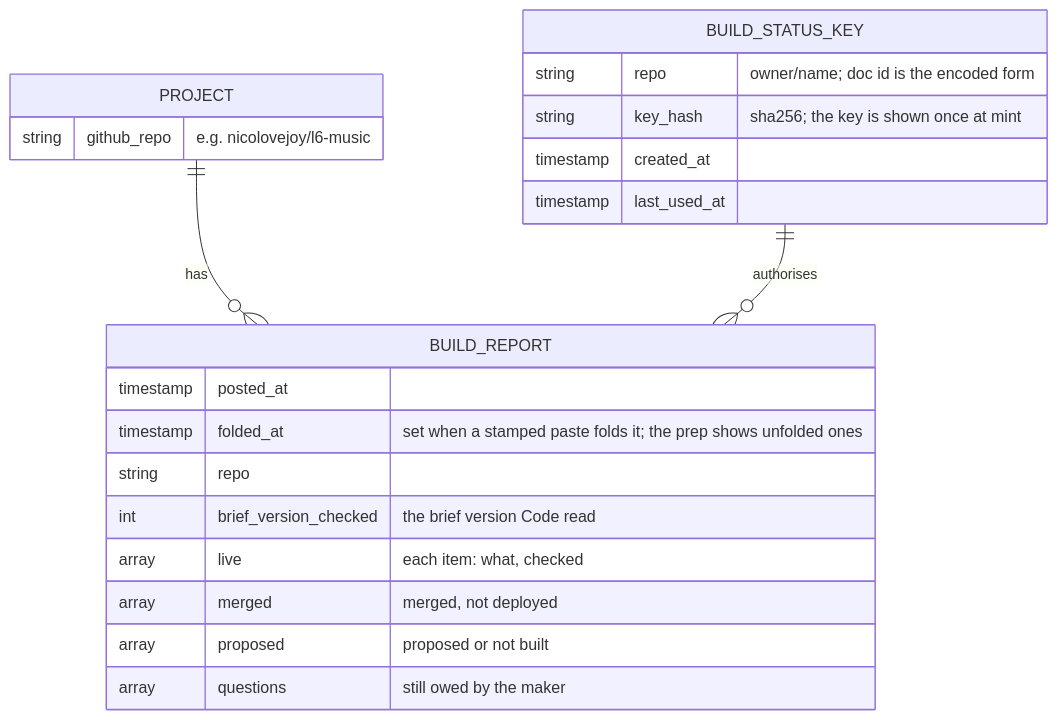
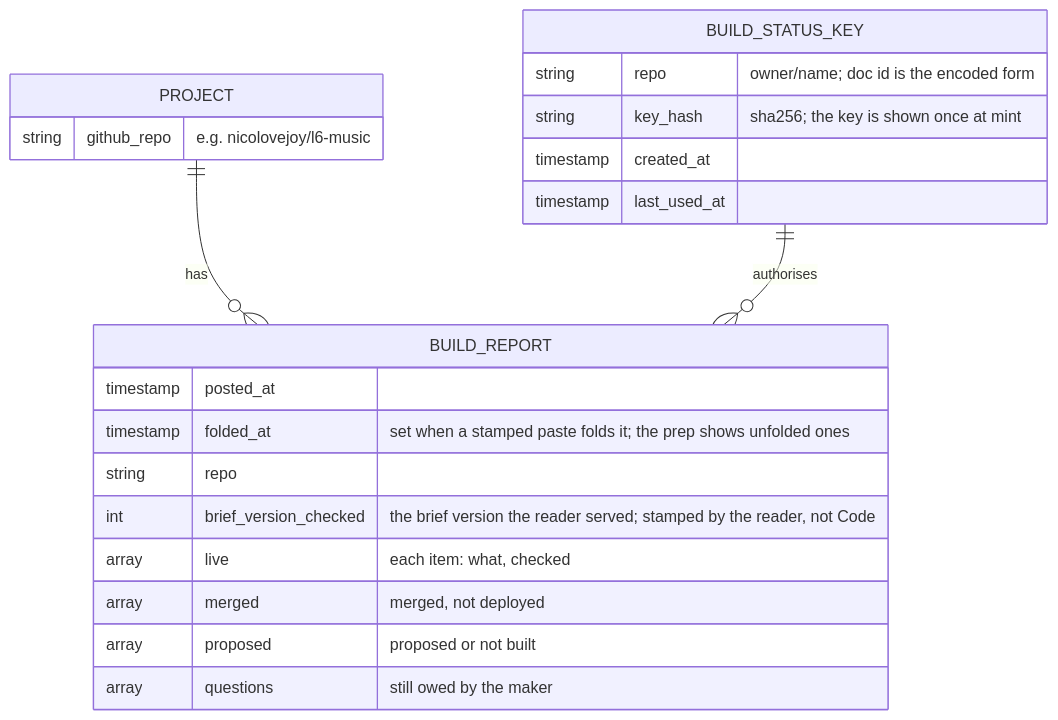
Before and after one commit to nicolovejoy/ibuild4you: the third of 3 diagrams in docs/superpowers/specs/2026-11-15-build-status-return-design.md, drawn with Mermaid. The commit also changed other lines of this file, not shown here.

````diff
--- a/docs/superpowers/specs/2026-11-15-build-status-return-design.md
+++ b/docs/superpowers/specs/2026-11-15-build-status-return-design.md
@@ -66,24 +66,24 @@
 ```mermaid
 erDiagram
     PROJECT ||--o{ BUILD_REPORT : "has"
     BUILD_STATUS_KEY ||--o{ BUILD_REPORT : "authorises"
     PROJECT {
         string github_repo "e.g. nicolovejoy/l6-music"
     }
     BUILD_REPORT {
         timestamp posted_at
         timestamp folded_at "set when a stamped paste folds it; the prep shows unfolded ones"
         string repo
-        int brief_version_checked "the brief version Code read"
+        int brief_version_checked "the brief version the reader served; stamped by the reader, not Code"
         array live "each item: what, checked"
         array merged "merged, not deployed"
         array proposed "proposed or not built"
         array questions "still owed by the maker"
     }
     BUILD_STATUS_KEY {
         string repo "owner/name; doc id is the encoded form"
         string key_hash "sha256; the key is shown once at mint"
         timestamp created_at
         timestamp last_used_at
     }
 ```
````
